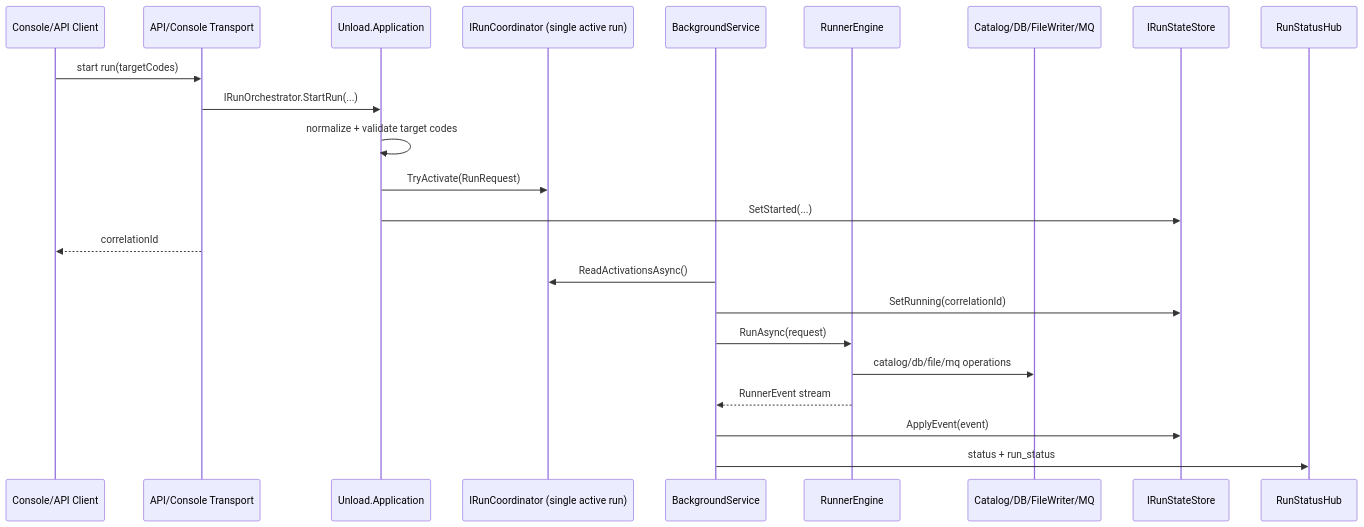
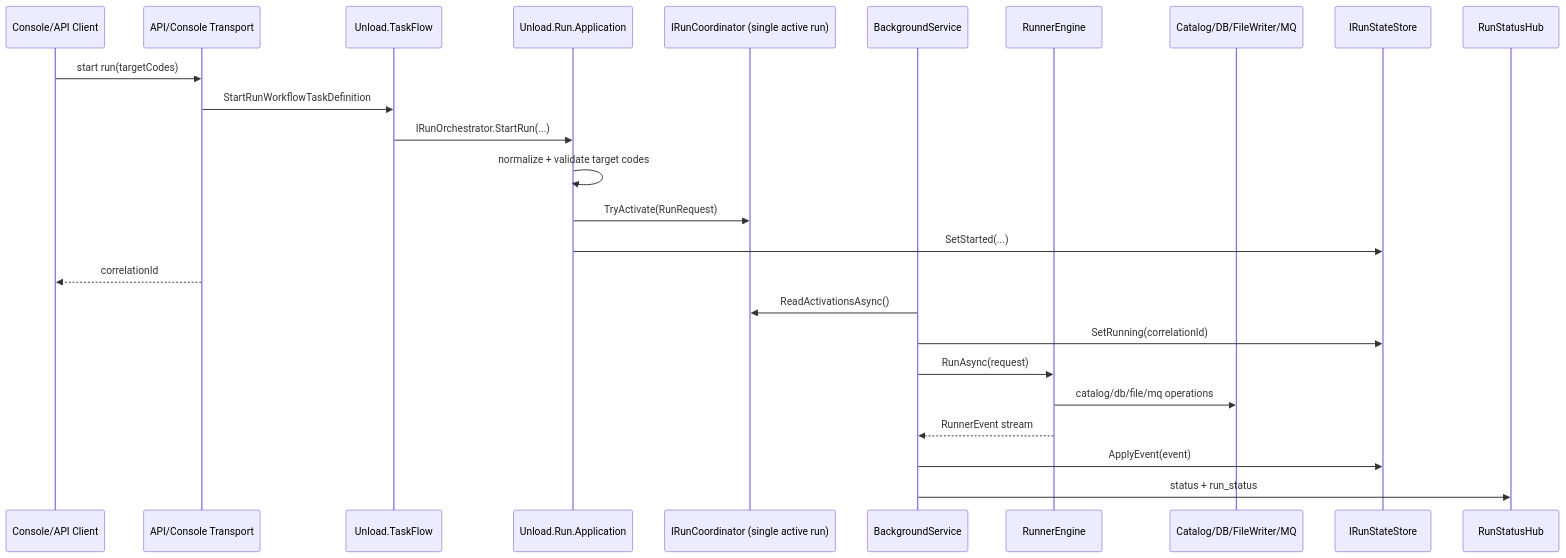
The second of 2 diagrams in docs/ARCHITECTURE.md (Dehydrohaloalkan/unload), drawn with Mermaid before and after one commit. The commit also changed other lines of this file and 147 other files, not shown here.

Commit message:
Refactor Unload.Api to remove Unload.Application layer, integrate new task flow and run management services + add webapp

````diff
--- a/docs/ARCHITECTURE.md
+++ b/docs/ARCHITECTURE.md
@@ -295,27 +339,29 @@
 ```mermaid
 sequenceDiagram
     participant Client as Console/API Client
     participant Transport as API/Console Transport
-    participant App as Unload.Application
+    participant TaskFlow as Unload.TaskFlow
+    participant RunApp as Unload.Run.Application
     participant Coordinator as IRunCoordinator (single active run)
     participant Worker as BackgroundService
     participant Runner as RunnerEngine
     participant Infra as Catalog/DB/FileWriter/MQ
     participant State as IRunStateStore
     participant SignalR as RunStatusHub
 
     Client->>Transport: start run(targetCodes)
-    Transport->>App: IRunOrchestrator.StartRun(...)
-    App->>App: normalize + validate target codes
-    App->>Coordinator: TryActivate(RunRequest)
-    App->>State: SetStarted(...)
+    Transport->>TaskFlow: StartRunWorkflowTaskDefinition
+    TaskFlow->>RunApp: IRunOrchestrator.StartRun(...)
+    RunApp->>RunApp: normalize + validate target codes
+    RunApp->>Coordinator: TryActivate(RunRequest)
+    RunApp->>State: SetStarted(...)
     Transport-->>Client: correlationId
 
     Worker->>Coordinator: ReadActivationsAsync()
     Worker->>State: SetRunning(correlationId)
     Worker->>Runner: RunAsync(request)
     Runner->>Infra: catalog/db/file/mq operations
     Runner-->>Worker: RunnerEvent stream
     Worker->>State: ApplyEvent(event)
     Worker->>SignalR: status + run_status
 ```
````
